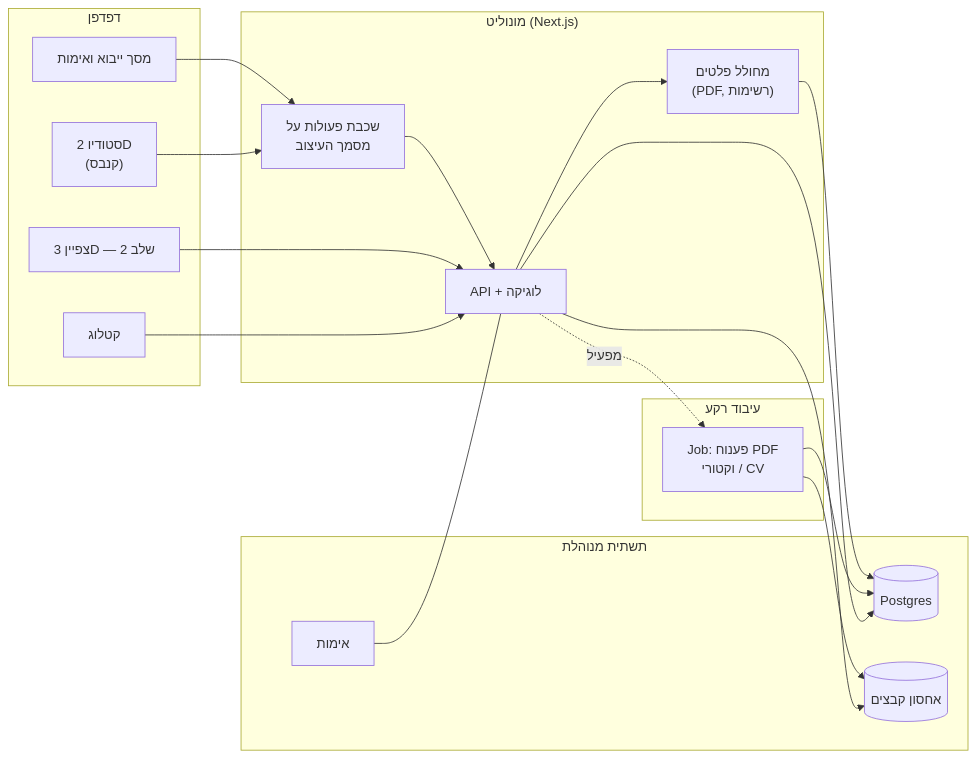
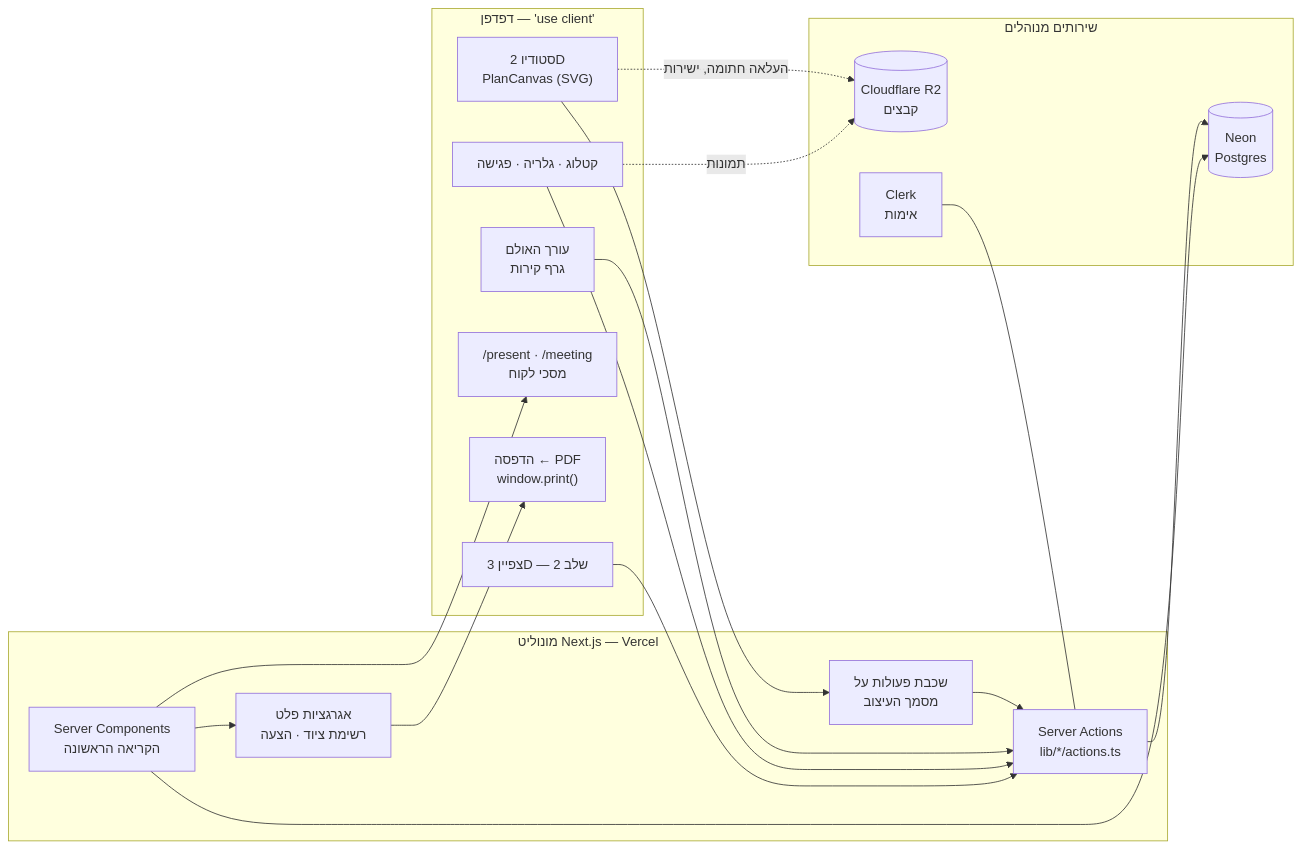
One commit to Ravidi22/EventDesigner changed the diagram in docs/02-מסמך-ארכיטקטורה-וטכנולוגיות.md. Above: the diagram before and after it, drawn with Mermaid. The commit also changed other lines of this file and 3 other files, not shown here.

````diff
--- a/docs/02-מסמך-ארכיטקטורה-וטכנולוגיות.md
+++ b/docs/02-מסמך-ארכיטקטורה-וטכנולוגיות.md
@@ -44,35 +76,35 @@
 ```mermaid
 graph LR
-    subgraph "דפדפן"
-        A["סטודיו 2D<br/>(קנבס)"]
-        B["מסך ייבוא ואימות"]
-        C["קטלוג"]
+    subgraph "דפדפן — 'use client'"
+        A["סטודיו 2D<br/>PlanCanvas (SVG)"]
+        H["עורך האולם<br/>גרף קירות"]
+        C["קטלוג · גלריה · פגישה"]
+        P["/present · /meeting<br/>מסכי לקוח"]
+        PR["הדפסה ← PDF<br/>window.print()"]
         V["צפיין 3D — שלב 2"]
     end
-    subgraph "מונוליט (Next.js)"
-        API["API + לוגיקה"]
+    subgraph "מונוליט Next.js — Vercel"
+        SC["Server Components<br/>הקריאה הראשונה"]
+        ACT["Server Actions<br/>lib/*/actions.ts"]
         DOC["שכבת פעולות על<br/>מסמך העיצוב"]
-        EXP["מחולל פלטים<br/>(PDF, רשימות)"]
+        EXP["אגרגציות פלט<br/>רשימת ציוד · הצעה"]
     end
-    subgraph "עיבוד רקע"
-        J["Job: פענוח PDF<br/>וקטורי / CV"]
-    end
-    subgraph "תשתית מנוהלת"
-        PG[("Postgres")]
-        S3[("אחסון קבצים")]
-        AUTH["אימות"]
+    subgraph "שירותים מנוהלים"
+        PG[("Neon<br/>Postgres")]
+        R2[("Cloudflare R2<br/>קבצים")]
+        AUTH["Clerk<br/>אימות"]
     end
     A --> DOC
-    B --> DOC
-    C --> API
-    V --> API
-    DOC --> API
-    API --> PG
-    API --> S3
-    API -.מפעיל.-> J
-    J --> S3
-    J --> PG
-    EXP --> PG
-    API --> EXP
-    AUTH --- API
+    DOC --> ACT
+    H --> ACT
+    C --> ACT
+    V --> ACT
+    SC --> P
+    SC --> EXP
+    EXP --> PR
+    ACT --> PG
+    SC --> PG
+    A -. "העלאה חתומה, ישירות" .-> R2
+    C -. "תמונות" .-> R2
+    AUTH --- ACT
 ```
````
